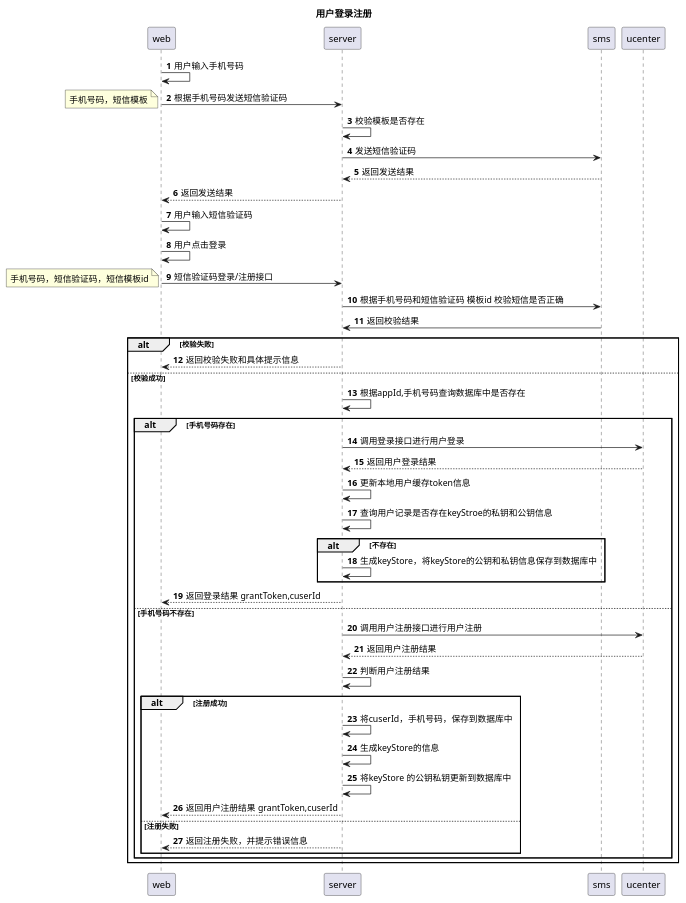
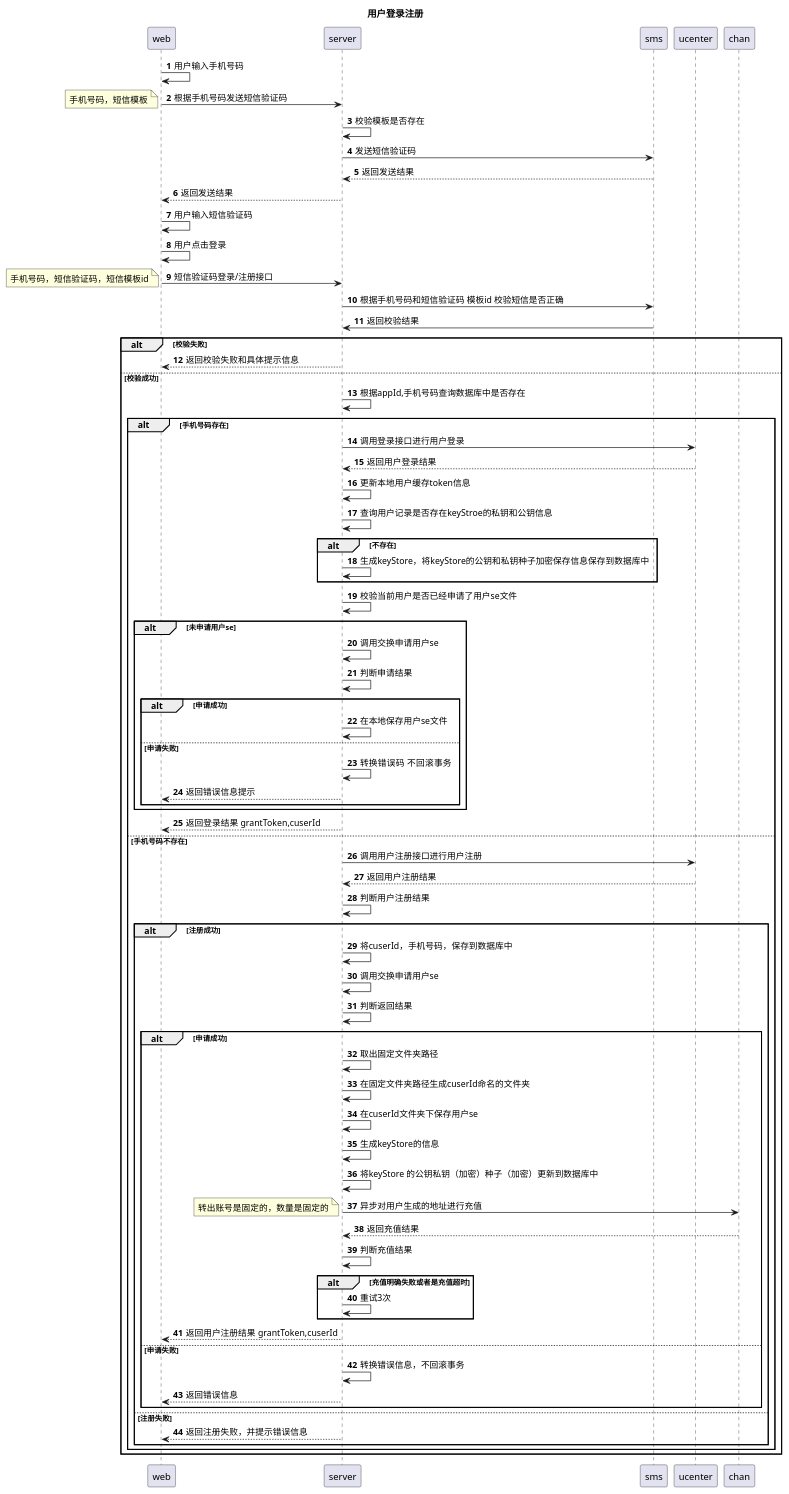
Before and after one commit to 13589080127/zc-design: the diagram in doc/旷肽链文件授权/用户登录注册.puml, drawn with PlantUML. The commit also changed 9 other files, not shown here.

Commit message:
增加uml 图

```diff
--- a/doc/旷肽链文件授权/用户登录注册.puml
+++ b/doc/旷肽链文件授权/用户登录注册.puml
@@ -1,45 +1,73 @@
 @startuml
 title:用户登录注册
 autonumber
 web->web:用户输入手机号码
 web->server:根据手机号码发送短信验证码
 note left: 手机号码，短信模板
 server->server:校验模板是否存在
 server->sms:发送短信验证码
 sms-->server:返回发送结果
 server-->web:返回发送结果
 web->web:用户输入短信验证码
 web->web:用户点击登录
 web->server:短信验证码登录/注册接口
 note left:手机号码，短信验证码，短信模板id
 server->sms:根据手机号码和短信验证码 模板id 校验短信是否正确
 sms->server:返回校验结果
 alt 校验失败
 server-->web:返回校验失败和具体提示信息
 else 校验成功
 server->server:根据appId,手机号码查询数据库中是否存在
 alt 手机号码存在
 server->ucenter:调用登录接口进行用户登录
 ucenter-->server:返回用户登录结果
 server->server:更新本地用户缓存token信息
 server->server:查询用户记录是否存在keyStroe的私钥和公钥信息
 alt 不存在
-server->server:生成keyStore，将keyStore的公钥和私钥信息保存到数据库中
+server->server:生成keyStore，将keyStore的公钥和私钥种子加密保存信息保存到数据库中
+end
+server->server:校验当前用户是否已经申请了用户se文件
+alt 未申请用户se
+server->server:调用交换申请用户se
+server->server:判断申请结果
+alt 申请成功
+server->server:在本地保存用户se文件
+else 申请失败
+server->server:转换错误码  不回滚事务
+server-->web:返回错误信息提示
+end
 end
 server-->web:返回登录结果 grantToken,cuserId
 else 手机号码不存在
 server->ucenter:调用用户注册接口进行用户注册
 ucenter-->server:返回用户注册结果
 server->server:判断用户注册结果
 alt 注册成功
 server->server:将cuserId，手机号码，保存到数据库中
+server->server:调用交换申请用户se
+server->server:判断返回结果
+alt 申请成功
+server->server:取出固定文件夹路径
+server->server:在固定文件夹路径生成cuserId命名的文件夹
+server->server:在cuserId文件夹下保存用户se
 server->server:生成keyStore的信息
-server->server: 将keyStore 的公钥私钥更新到数据库中
+server->server: 将keyStore 的公钥私钥（加密）种子（加密）更新到数据库中
+server->chan:异步对用户生成的地址进行充值
+note left: 转出账号是固定的，数量是固定的
+chan-->server:返回充值结果
+server->server:判断充值结果
+alt 充值明确失败或者是充值超时
+server->server:重试3次
+end
 server-->web:返回用户注册结果 grantToken,cuserId
+else 申请失败
+server->server:转换错误信息，不回滚事务
+server-->web:返回错误信息
+end
 else 注册失败
 server-->web:返回注册失败，并提示错误信息
 end
 end
 end
 
 @enduml
```
